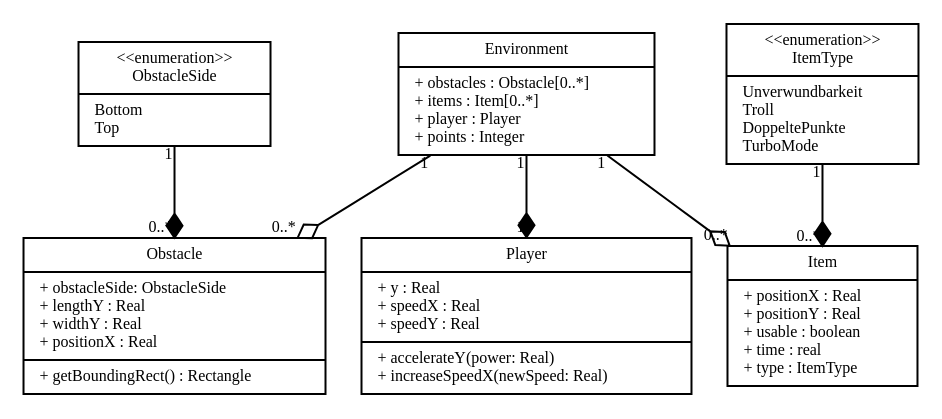
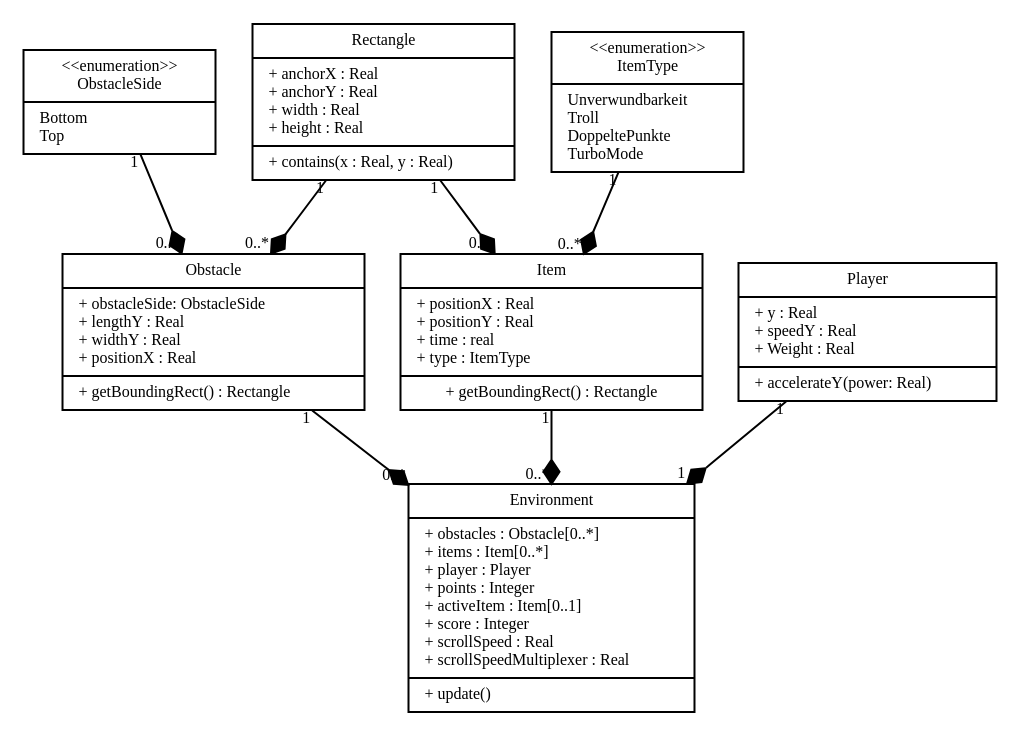
One commit to aul12/SoPra changed the diagram in Blatt02/uml.dot. Above: the diagram before and after it, drawn with Graphviz. The commit also changed 1 other file, not shown here.

```diff
--- a/Blatt02/uml.dot
+++ b/Blatt02/uml.dot
@@ -1,73 +1,80 @@
 digraph G {
     fontname = "Bitstream Vera Sans"
     fontsize = 8
 
     node [
         fontname = "Bitstream Vera Sans"
         fontsize = 8
         shape = "record"
     ]
 
     edge [
         fontname = "Bitstream Vera Sans"
         fontsize = 8
     ]
 
     Environment [
-        label = "{Environment|+ obstacles : Obstacle[0..*]\l+ items : Item[0..*]\l+ player : Player\l+ points : Integer\l}"
+        label = "{Environment|+ obstacles : Obstacle[0..*]\l+ items : Item[0..*]\l+ player : Player\l+ points : Integer\l+ activeItem : Item[0..1]\l+ score : Integer\l+ scrollSpeed : Real\l+ scrollSpeedMultiplexer : Real\l|+ update()\l}"
     ]
 
     Obstacle [
         label = "{Obstacle|+ obstacleSide: ObstacleSide\l+ lengthY : Real\l+ widthY : Real\l+ positionX : Real\l|+ getBoundingRect() : Rectangle\l}"
     ]       
 
     Item [
-        label = "{Item|+ positionX : Real\l+ positionY : Real\l+ usable : boolean\l+ time : real\l+ type : ItemType\l}"
+        label = "{Item|+ positionX : Real\l+ positionY : Real\l+ time : real\l+ type : ItemType\l|+ getBoundingRect() : Rectangle}"
     ]
 
     Player [
-        label = "{Player|+ y : Real\l+ speedX : Real\l+ speedY : Real\l|+ accelerateY(power: Real)\l+ increaseSpeedX(newSpeed: Real)\l}"
+        label = "{Player|+ y : Real\l+ speedY : Real\l+ Weight : Real\l|+ accelerateY(power: Real)\l}"
     ]
     
     ObstacleSide [
         label = "{\<\<enumeration\>\>\nObstacleSide| Bottom\l Top\l}"
     ]
 
+    Rectangle [
+        label = "{Rectangle|+ anchorX : Real\l+ anchorY : Real\l+ width : Real\l+ height : Real\l|+ contains(x : Real, y : Real)\l}"
+    ]
+
     ItemType [
         label = "{\<\<enumeration\>\>\nItemType| Unverwundbarkeit\l Troll\l DoppeltePunkte\l TurboMode\l}"
     ]
+
 
     edge [
         arrowhead = "diamond"
 
         headlabel = "0..*"
         taillabel = "1"
     ] 
     ObstacleSide -> Obstacle
 
 
     edge [
         arrowhead = "diamond"
 
         headlabel = "0..*"
         taillabel = "1"
     ] 
     ItemType -> Item
+    Rectangle -> Item
+    Rectangle -> Obstacle
 
     edge [
-        arrowhead = "odiamond"
+        arrowhead = "diamond"
 
         headlabel = "0..*"
         taillabel = "1"
     ] 
-    Environment -> Obstacle
-    Environment -> Item 
+    Obstacle -> Environment
+    Item -> Environment
 
     edge [
         arrowhead = "diamond"
 
         headlabel = "1"
         taillabel = "1"
     ] 
-    Environment -> Player
+    Player -> Environment
 }    
```
